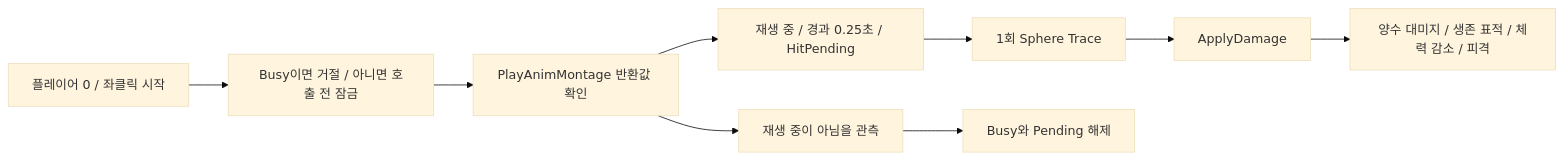
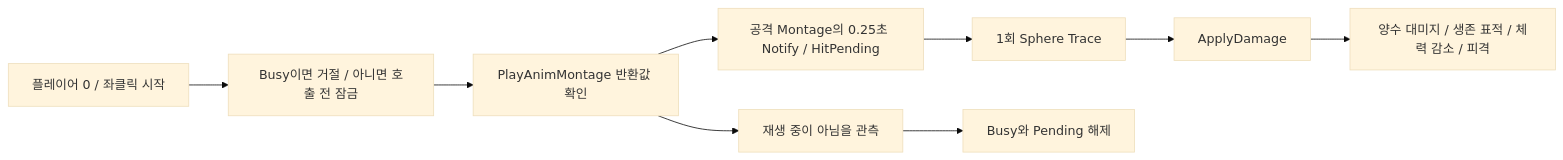
Before and after one commit to cubeless2-lgtm/CubelessMCP_UE58: the diagram in cubeless/studies/GameAnimationSample/Melee.md, drawn with Mermaid (base theme). The commit also changed other lines of this file and 49 other files, not shown here.

````diff
--- a/cubeless/studies/GameAnimationSample/Melee.md
+++ b/cubeless/studies/GameAnimationSample/Melee.md
@@ -24,11 +32,11 @@
 ```mermaid
 flowchart LR
     Input[플레이어 0 / 좌클릭 시작] --> Admit[Busy이면 거절 / 아니면 호출 전 잠금]
     Admit --> Play[PlayAnimMontage 반환값 확인]
-    Play --> Window[재생 중 / 경과 0.25초 / HitPending]
+    Play --> Window[공격 Montage의 0.25초 Notify / HitPending]
     Window --> Trace[1회 Sphere Trace]
     Trace --> Damage[ApplyDamage]
     Damage --> Target[양수 대미지 / 생존 표적 / 체력 감소 / 피격]
     Play --> End[재생 중이 아님을 관측]
     End --> Clear[Busy와 Pending 해제]
 ```
````
